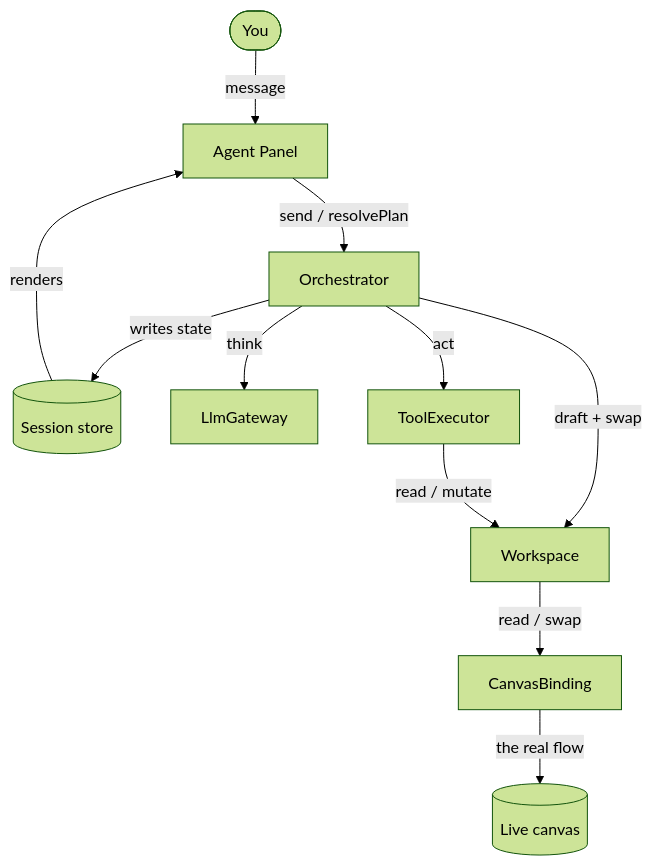
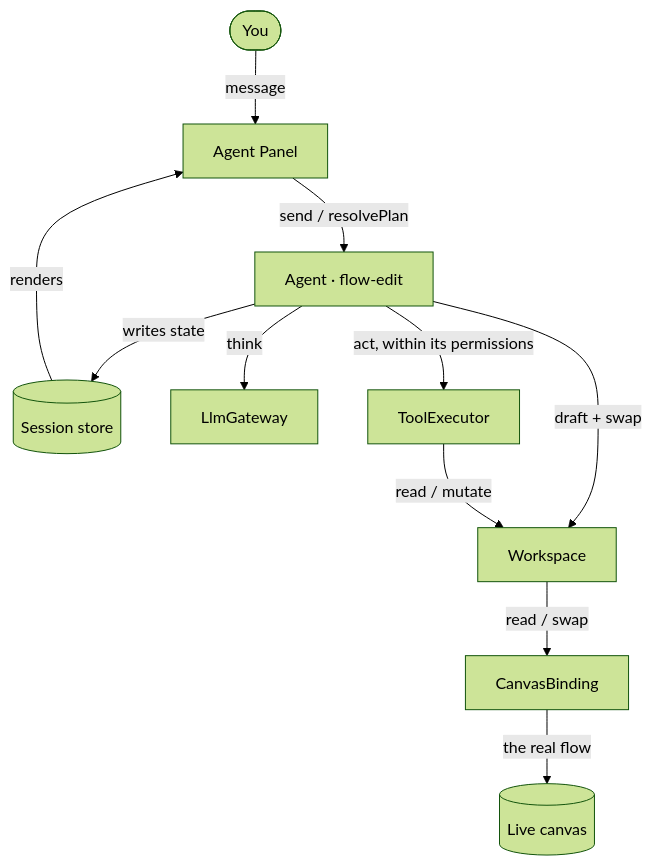
The first of 5 diagrams in docs/specs/0001-agent-chat/README.md (lemoncloud-io/eureka-flow), drawn with Mermaid (forest theme) before and after one commit. The commit also changed other lines of this file and 1 other file, not shown here.

First line of the commit message:
docs(agent-chat): redesign around agent-owns-turn + single ToolExecutor

````diff
--- a/docs/specs/0001-agent-chat/README.md
+++ b/docs/specs/0001-agent-chat/README.md
@@ -39,13 +50,13 @@
 ```mermaid
 flowchart TD
     User([You]) -->|message| Panel[Agent Panel]
-    Panel -->|send / resolvePlan| Orch[Orchestrator]
-    Orch -->|writes state| Store[(Session store)]
+    Panel -->|send / resolvePlan| Agent[Agent · flow-edit]
+    Agent -->|writes state| Store[(Session store)]
     Store -->|renders| Panel
-    Orch -->|think| LLM[LlmGateway]
-    Orch -->|act| Tools[ToolExecutor]
-    Orch -->|draft + swap| WS[Workspace]
+    Agent -->|think| LLM[LlmGateway]
+    Agent -->|act, within its permissions| Tools[ToolExecutor]
+    Agent -->|draft + swap| WS[Workspace]
     Tools -->|read / mutate| WS
     WS -->|read / swap| Bind[CanvasBinding]
     Bind -->|the real flow| Live[(Live canvas)]
 ```
````
